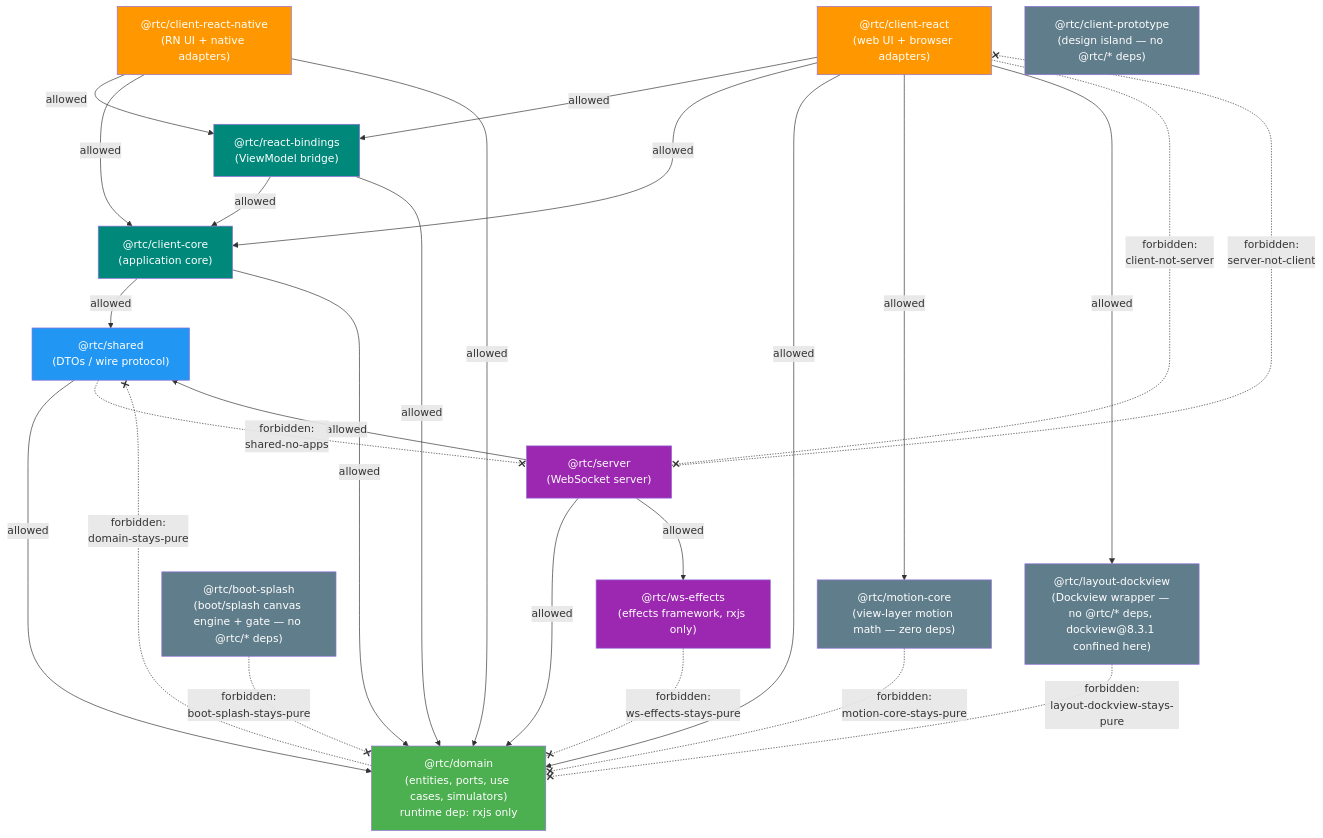
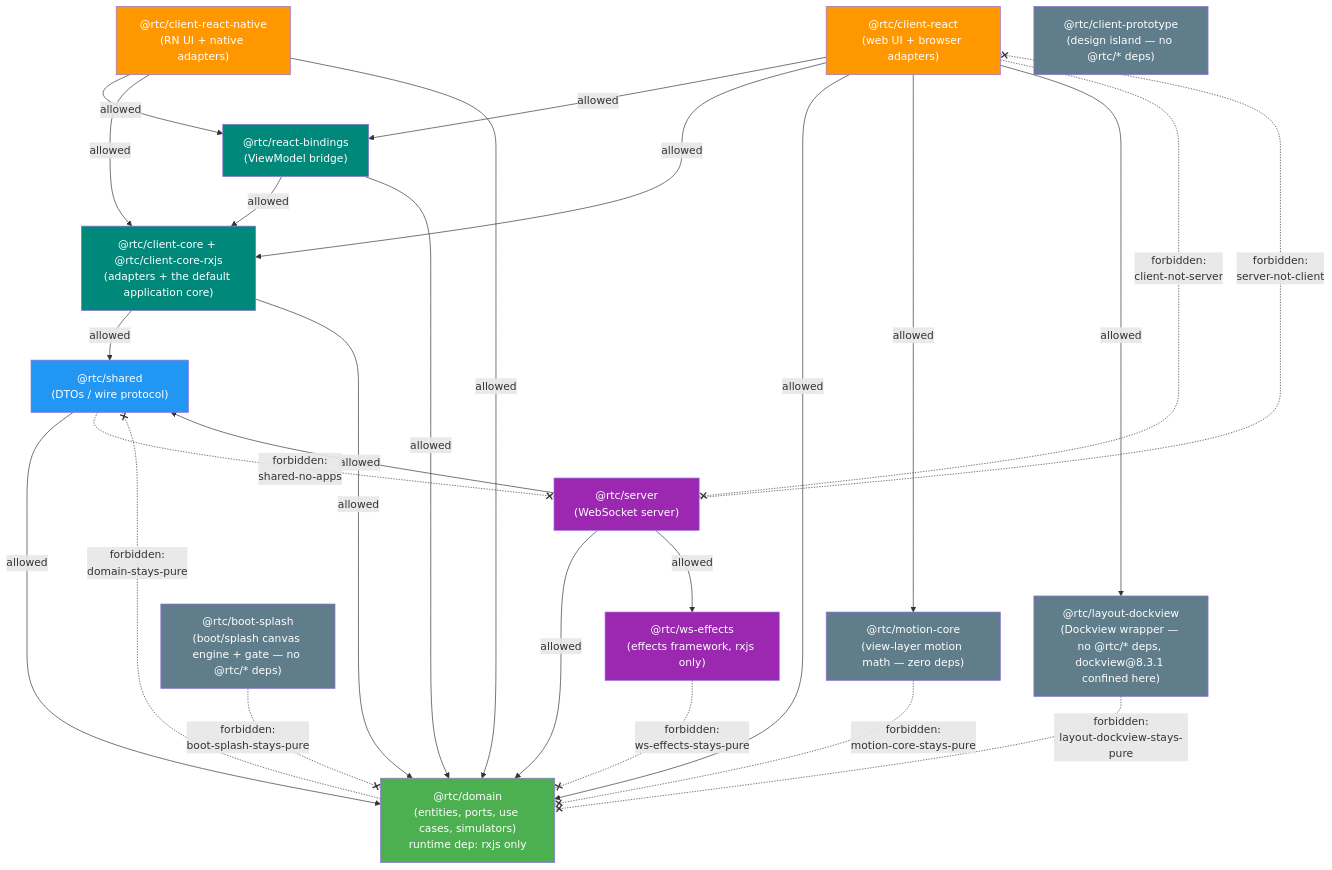
One commit to bettersoftware-io/ReactiveTraderCloudClone changed the diagram in docs/dependency-cruiser.md. Above: the diagram before and after it, drawn with Mermaid. The commit also changed other lines of this file and 18 other files, not shown here.

First line of the commit message:
fix(review): two more roads into the eager bundle closed, and the chapters that still drew client-core as the RxJS core

````diff
--- a/docs/dependency-cruiser.md
+++ b/docs/dependency-cruiser.md
@@ -23,54 +23,54 @@
 ```mermaid
 graph TD
     webc["@rtc/client-react<br/>(web UI + browser adapters)"]
     rnc["@rtc/client-react-native<br/>(RN UI + native adapters)"]
     rb["@rtc/react-bindings<br/>(ViewModel bridge)"]
-    core["@rtc/client-core<br/>(application core)"]
+    core["@rtc/client-core + @rtc/client-core-rxjs<br/>(adapters + the default application core)"]
     server["@rtc/server<br/>(WebSocket server)"]
     wse["@rtc/ws-effects<br/>(effects framework, rxjs only)"]
     shared["@rtc/shared<br/>(DTOs / wire protocol)"]
     domain["@rtc/domain<br/>(entities, ports, use cases, simulators)<br/>runtime dep: rxjs only"]
     proto["@rtc/client-prototype<br/>(design island — no @rtc/* deps)"]
     motion["@rtc/motion-core<br/>(view-layer motion math — zero deps)"]
     boot["@rtc/boot-splash<br/>(boot/splash canvas engine + gate — no @rtc/* deps)"]
     dockv["@rtc/layout-dockview<br/>(Dockview wrapper — no @rtc/* deps, dockview@8.3.1 confined here)"]
 
     webc -->|allowed| rb
     webc -->|allowed| core
     webc -->|allowed| domain
     webc -->|allowed| motion
     webc -->|allowed| dockv
     rnc -->|allowed| rb
     rnc -->|allowed| core
     rnc -->|allowed| domain
     rb -->|allowed| core
     rb -->|allowed| domain
     core -->|allowed| shared
     core -->|allowed| domain
     server -->|allowed| shared
     server -->|allowed| domain
     server -->|allowed| wse
     shared -->|allowed| domain
 
     webc -. "forbidden:<br/>client-not-server" .-x server
     server -. "forbidden:<br/>server-not-client" .-x webc
     shared -. "forbidden:<br/>shared-no-apps" .-x server
     domain -. "forbidden:<br/>domain-stays-pure" .-x shared
     wse -. "forbidden:<br/>ws-effects-stays-pure" .-x domain
     motion -. "forbidden:<br/>motion-core-stays-pure" .-x domain
     boot -. "forbidden:<br/>boot-splash-stays-pure" .-x domain
     dockv -. "forbidden:<br/>layout-dockview-stays-pure" .-x domain
 
     classDef pure fill:#4CAF50,color:#fff;
     classDef dto fill:#2196F3,color:#fff;
     classDef coreC fill:#00897B,color:#fff;
     classDef app fill:#FF9800,color:#fff;
     classDef srv fill:#9C27B0,color:#fff;
     classDef isle fill:#607D8B,color:#fff;
     class domain pure;
     class shared dto;
     class core,rb coreC;
     class webc,rnc app;
     class server,wse srv;
     class proto,motion,boot,dockv isle;
 ```
````
